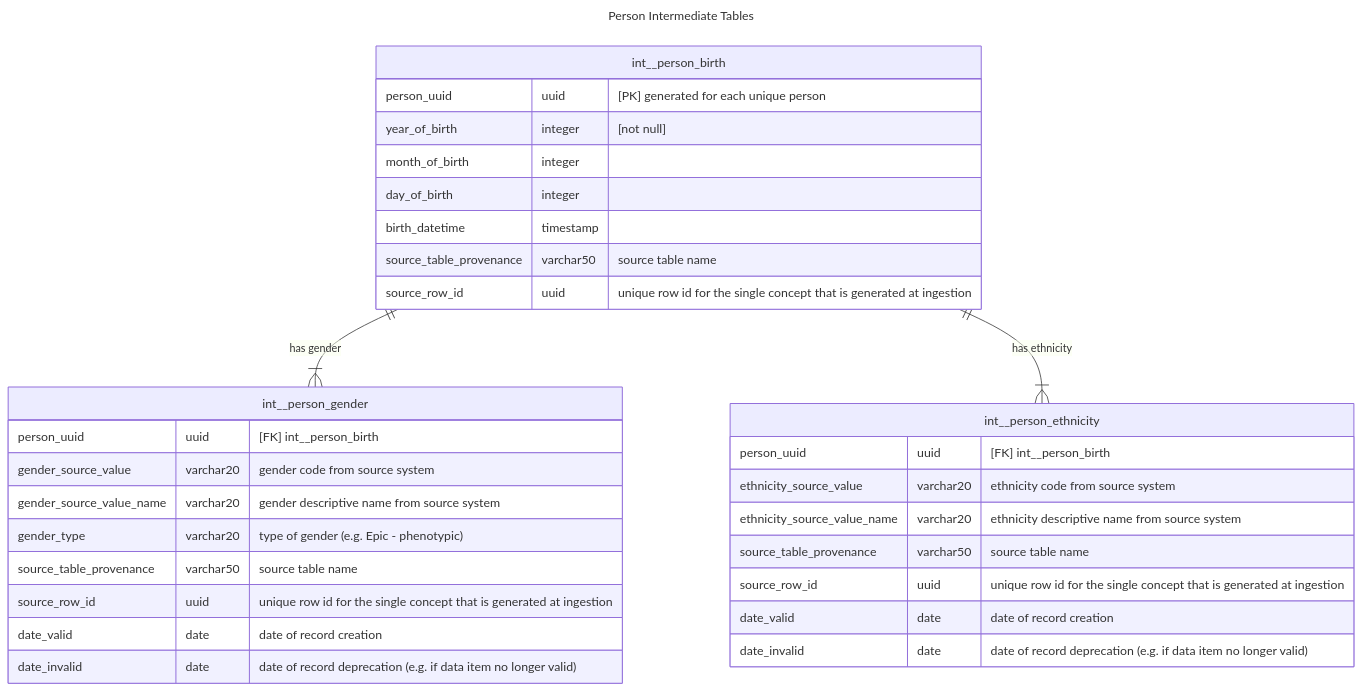
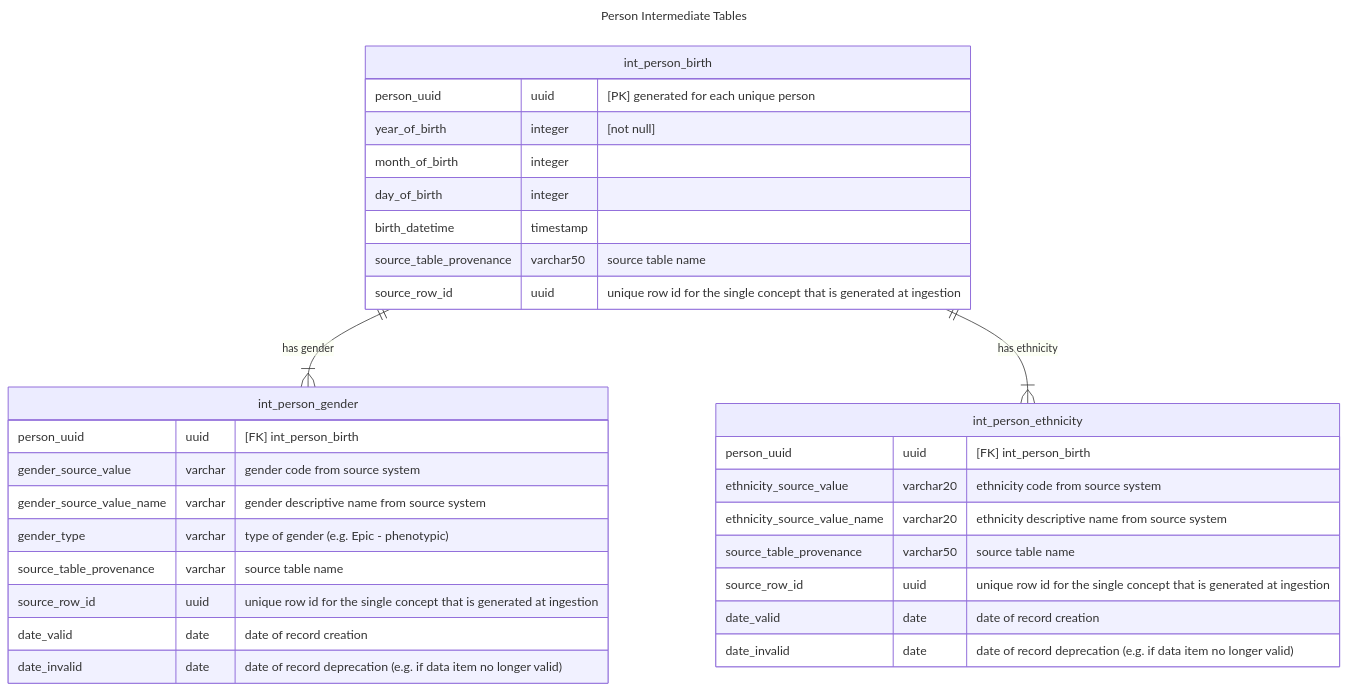
The second of 5 diagrams in src/pages/data_model/cdm_person.qmd (d3london/sde_aic_external_docs), drawn with Mermaid before and after one commit. The commit also changed other lines of this file and 1 other file, not shown here.

Commit message:
removed varchar len, changed table names

````diff
--- a/src/pages/data_model/cdm_person.qmd
+++ b/src/pages/data_model/cdm_person.qmd
@@ -47,36 +47,36 @@
 ```{mermaid}
 ---
 title: Person Intermediate Tables
 ---
 erDiagram
-    int__person_birth {
+    int_person_birth {
         person_uuid uuid "[PK] generated for each unique person"
         year_of_birth integer "[not null]"
         month_of_birth integer
         day_of_birth integer
         birth_datetime timestamp
         source_table_provenance varchar50 "source table name"
         source_row_id uuid "unique row id for the single concept that is generated at ingestion"
     }
-    int__person_birth ||--|{ int__person_gender : "has gender"
-    int__person_gender {
-        person_uuid uuid "[FK] int__person_birth"
-        gender_source_value varchar20 "gender code from source system"
-        gender_source_value_name varchar20 "gender descriptive name from source system"        
-        gender_type varchar20 "type of gender (e.g. Epic - phenotypic)"
-        source_table_provenance varchar50 "source table name"
+    int_person_birth ||--|{ int_person_gender : "has gender"
+    int_person_gender {
+        person_uuid uuid "[FK] int_person_birth"
+        gender_source_value varchar "gender code from source system"
+        gender_source_value_name varchar "gender descriptive name from source system"        
+        gender_type varchar "type of gender (e.g. Epic - phenotypic)"
+        source_table_provenance varchar "source table name"
         source_row_id uuid "unique row id for the single concept that is generated at ingestion"
         date_valid date "date of record creation"
         date_invalid date "date of record deprecation (e.g. if data item no longer valid)"
     }
-    int__person_birth ||--|{ int__person_ethnicity : "has ethnicity"
-    int__person_ethnicity {
-        person_uuid uuid "[FK] int__person_birth"
+    int_person_birth ||--|{ int_person_ethnicity : "has ethnicity"
+    int_person_ethnicity {
+        person_uuid uuid "[FK] int_person_birth"
         ethnicity_source_value varchar20 "ethnicity code from source system"
         ethnicity_source_value_name varchar20 "ethnicity descriptive name from source system"        
         source_table_provenance varchar50 "source table name"
         source_row_id uuid "unique row id for the single concept that is generated at ingestion"
         date_valid date "date of record creation"
         date_invalid date "date of record deprecation (e.g. if data item no longer valid)"
     }
 ```
````
